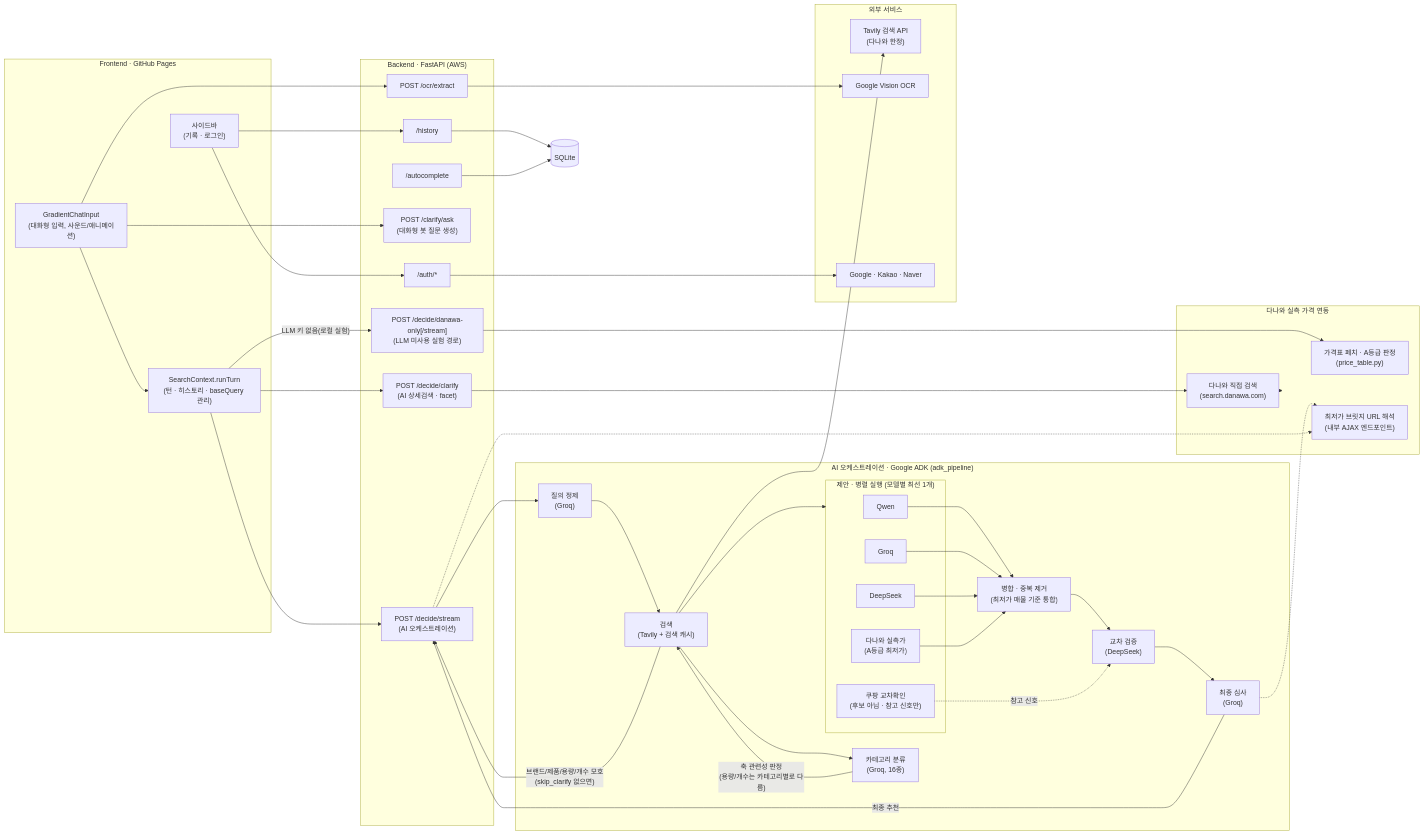
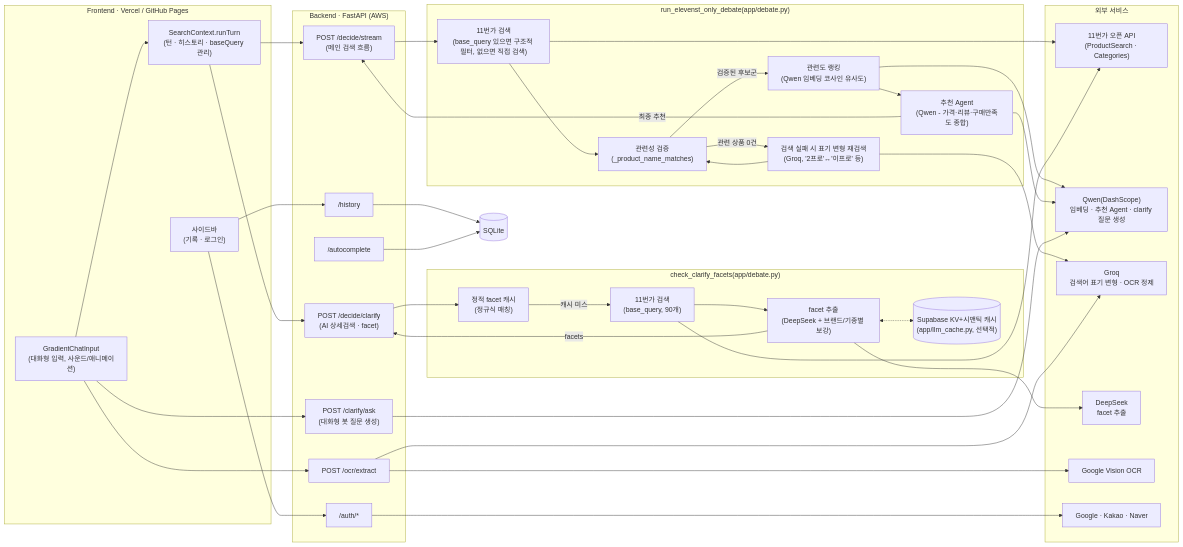
Before and after one commit to Alpha-pick00/Prototype-1-: the first of 3 diagrams in README.md, drawn with Mermaid. The commit also changed other lines of this file, not shown here.

First line of the commit message:
README 아키텍처를 11번가 오픈 API 기반 현재 구조로 갱신

````diff
--- a/README.md
+++ b/README.md
@@ -21,77 +24,74 @@
 ```mermaid
 flowchart LR
-    subgraph FE["Frontend · GitHub Pages"]
+    subgraph FE["Frontend · Vercel / GitHub Pages"]
         GCI["GradientChatInput<br/>(대화형 입력, 사운드/애니메이션)"]
         CTX["SearchContext.runTurn<br/>(턴 · 히스토리 · baseQuery 관리)"]
         SB["사이드바<br/>(기록 · 로그인)"]
     end
 
     subgraph BE["Backend · FastAPI (AWS)"]
-        DECIDE["POST /decide/stream<br/>(AI 오케스트레이션)"]
+        DECIDE["POST /decide/stream<br/>(메인 검색 흐름)"]
         CLARIFYF["POST /decide/clarify<br/>(AI 상세검색 · facet)"]
-        DANAWAONLY["POST /decide/danawa-only[/stream]<br/>(LLM 미사용 실험 경로)"]
         CHAT["POST /clarify/ask<br/>(대화형 봇 질문 생성)"]
         OCR["POST /ocr/extract"]
         AUTH["/auth/*"]
         HIST["/history"]
         AC["/autocomplete"]
     end
 
-    subgraph PIPE["AI 오케스트레이션 · Google ADK (adk_pipeline)"]
-        REFINE["질의 정제<br/>(Groq)"]
-        SEARCH["검색<br/>(Tavily + 검색 캐시)"]
-        CAT["카테고리 분류<br/>(Groq, 16종)"]
-        subgraph PROPOSE["제안 · 병렬 실행 (모델별 최선 1개)"]
-            GPT["Qwen"]
-            GEMINI["Groq"]
-            DEEPSEEK["DeepSeek"]
-            DANAWAP["다나와 실측가<br/>(A등급 최저가)"]
-            COUPANGP["쿠팡 교차확인<br/>(후보 아님 · 참고 신호만)"]
-        end
-        MERGE["병합 · 중복 제거<br/>(최저가 매물 기준 통합)"]
-        CHALLENGE["교차 검증<br/>(DeepSeek)"]
-        JUDGE["최종 심사<br/>(Groq)"]
+    subgraph CORE["run_elevenst_only_debate(app/debate.py)"]
+        SEARCH11["11번가 검색<br/>(base_query 있으면 구조적 필터, 없으면 직접 검색)"]
+        VERIFY["관련성 검증<br/>(_product_name_matches)"]
+        VARIANT["검색 실패 시 표기 변형 재검색<br/>(Groq, '2프로'↔'이프로' 등)"]
+        RANK["관련도 랭킹<br/>(Qwen 임베딩 코사인 유사도)"]
+        RECOMMEND["추천 Agent<br/>(Qwen - 가격·리뷰·구매만족도 종합)"]
     end
 
-    subgraph DANAWA["다나와 실측 가격 연동"]
-        DSEARCH["다나와 직접 검색<br/>(search.danawa.com)"]
-        PTABLE["가격표 페치 · A등급 판정<br/>(price_table.py)"]
-        BRIDGE["최저가 브릿지 URL 해석<br/>(내부 AJAX 엔드포인트)"]
+    subgraph CLARIFY["check_clarify_facets(app/debate.py)"]
+        CFCACHE["정적 facet 캐시<br/>(정규식 매칭)"]
+        CFSEARCH["11번가 검색<br/>(base_query, 90개)"]
+        CFEXTRACT["facet 추출<br/>(DeepSeek + 브랜드/기종별 보강)"]
+        LLMCACHE[("Supabase KV+시맨틱 캐시<br/>(app/llm_cache.py, 선택적)")]
     end
 
     subgraph EXT["외부 서비스"]
-        TAVILY["Tavily 검색 API<br/>(다나와 한정)"]
+        ELEVENST["11번가 오픈 API<br/>(ProductSearch · Categories)"]
+        QWEN["Qwen(DashScope)<br/>임베딩 · 추천 Agent · clarify 질문 생성"]
+        GROQ["Groq<br/>검색어 표기 변형 · OCR 정제"]
+        DEEPSEEKAI["DeepSeek<br/>facet 추출"]
         VISION["Google Vision OCR"]
         OAUTH["Google · Kakao · Naver"]
     end
 
     DB[(SQLite)]
 
     GCI --> CTX
     CTX --> DECIDE
     CTX --> CLARIFYF
-    CTX -- "LLM 키 없음(로컬 실험)" --> DANAWAONLY
     GCI --> CHAT
     GCI --> OCR
     SB --> AUTH
     SB --> HIST
 
-    DECIDE --> REFINE --> SEARCH --> CAT
-    SEARCH --> TAVILY
-    CAT -- "축 관련성 판정<br/>(용량/개수는 카테고리별로 다름)" --> SEARCH
-    SEARCH -- "브랜드/제품/용량/개수 모호<br/>(skip_clarify 없으면)" --> DECIDE
-    SEARCH --> PROPOSE
-    GPT & GEMINI & DEEPSEEK & DANAWAP --> MERGE --> CHALLENGE --> JUDGE
-    COUPANGP -.->|참고 신호| CHALLENGE
-    JUDGE -- 최종 추천 --> DECIDE
+    DECIDE --> SEARCH11 --> VERIFY
+    VERIFY -- "관련 상품 0건" --> VARIANT --> VERIFY
+    VERIFY -- "검증된 후보군" --> RANK --> RECOMMEND
+    SEARCH11 --> ELEVENST
+    VARIANT --> GROQ
+    RANK --> QWEN
+    RECOMMEND --> QWEN
+    RECOMMEND -- 최종 추천 --> DECIDE
 
-    CLARIFYF --> DSEARCH --> DANAWA
-    DANAWAONLY --> PTABLE
-    JUDGE -.-> BRIDGE
-    DECIDE -.-> BRIDGE
+    CLARIFYF --> CFCACHE
+    CFCACHE -- "캐시 미스" --> CFSEARCH --> ELEVENST
+    CFSEARCH --> CFEXTRACT --> DEEPSEEKAI
+    CFEXTRACT <-.-> LLMCACHE
+    CFEXTRACT -- facets --> CLARIFYF
+    CHAT --> QWEN
 
     OCR --> VISION
+    OCR --> GROQ
     AUTH --> OAUTH
     HIST --> DB
     AC --> DB
 ```
````
